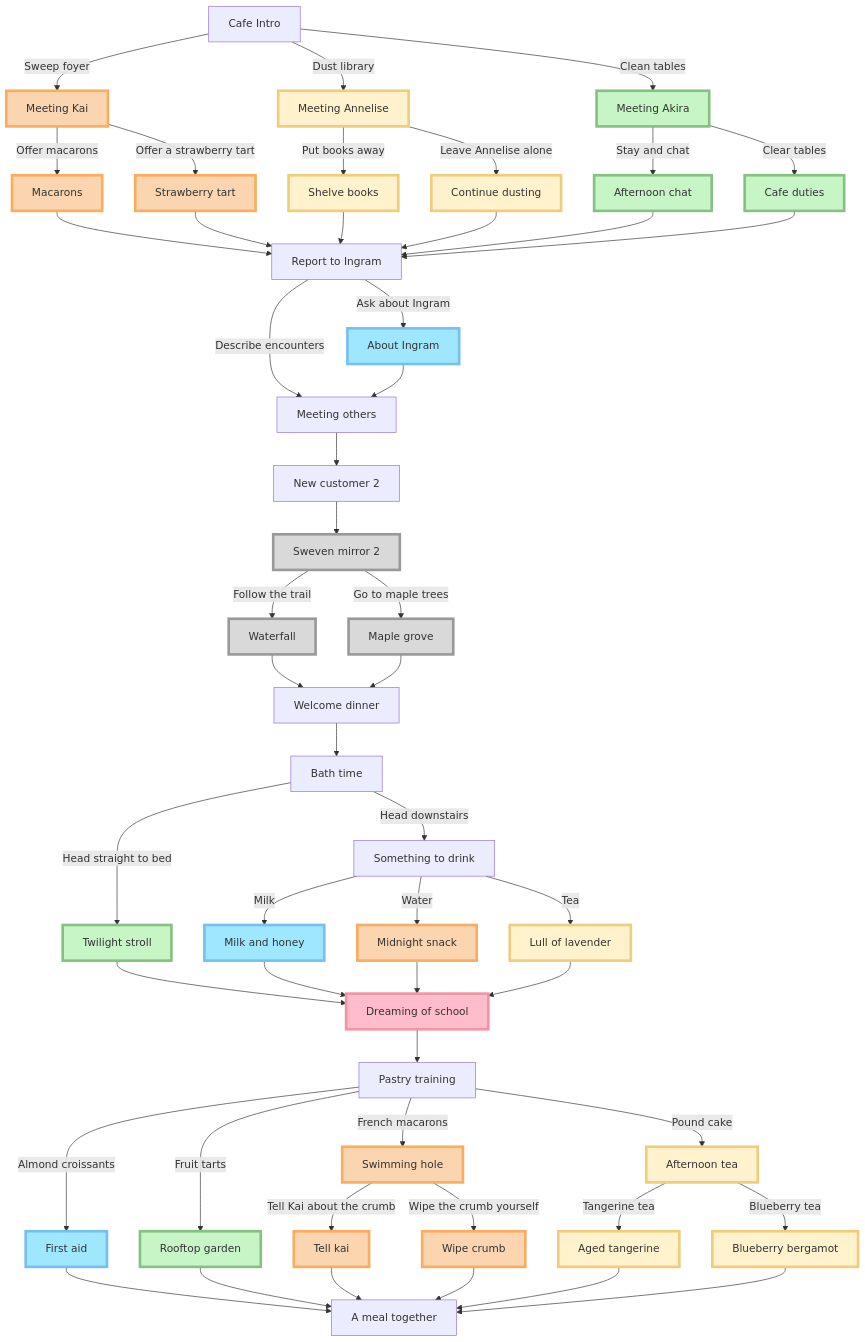
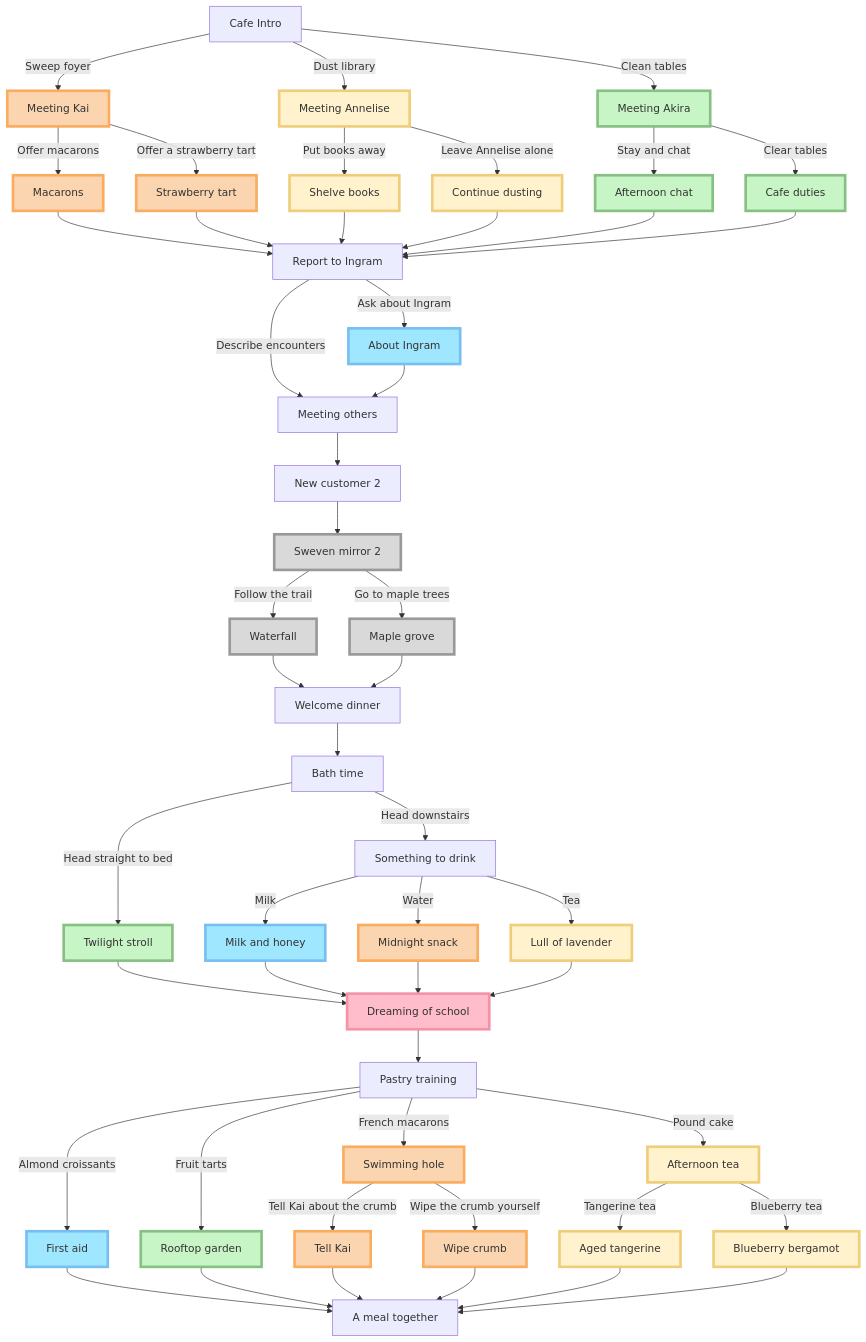
The diagram in script/Nobaros Cafe/Chapter 2/Chapter 2 Master.md (milkysan92/nobaros-cafe), drawn with Mermaid before and after one commit. The commit also changed 5 other files, not shown here.

```diff
--- a/script/Nobaros Cafe/Chapter 2/Chapter 2 Master.md
+++ b/script/Nobaros Cafe/Chapter 2/Chapter 2 Master.md
@@ -33,7 +33,7 @@
 sweets-akira[Rooftop garden]
 sweets-kai[Swimming hole]
 wipe-crumb[Wipe crumb]
-tell-kai[Tell kai]
+tell-kai[Tell Kai]
 sweets-annelise[Afternoon tea]
 tangerine[Aged tangerine]
 blueberry[Blueberry bergamot]
```
